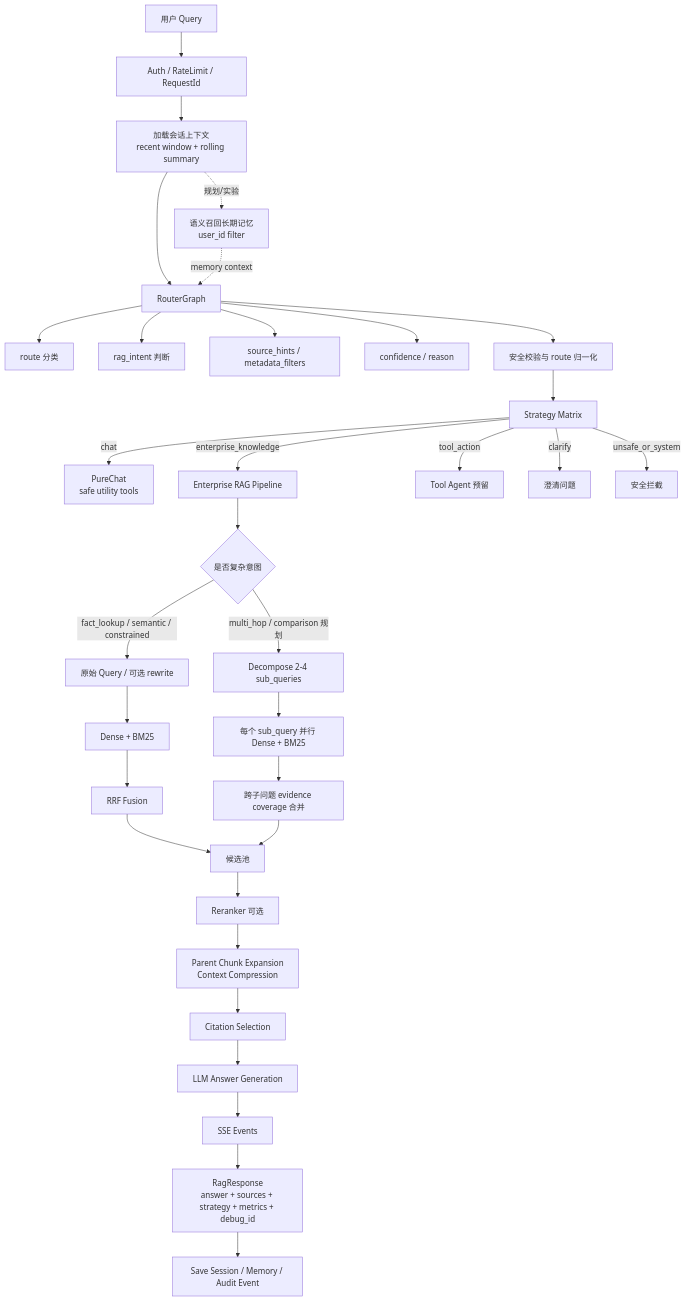
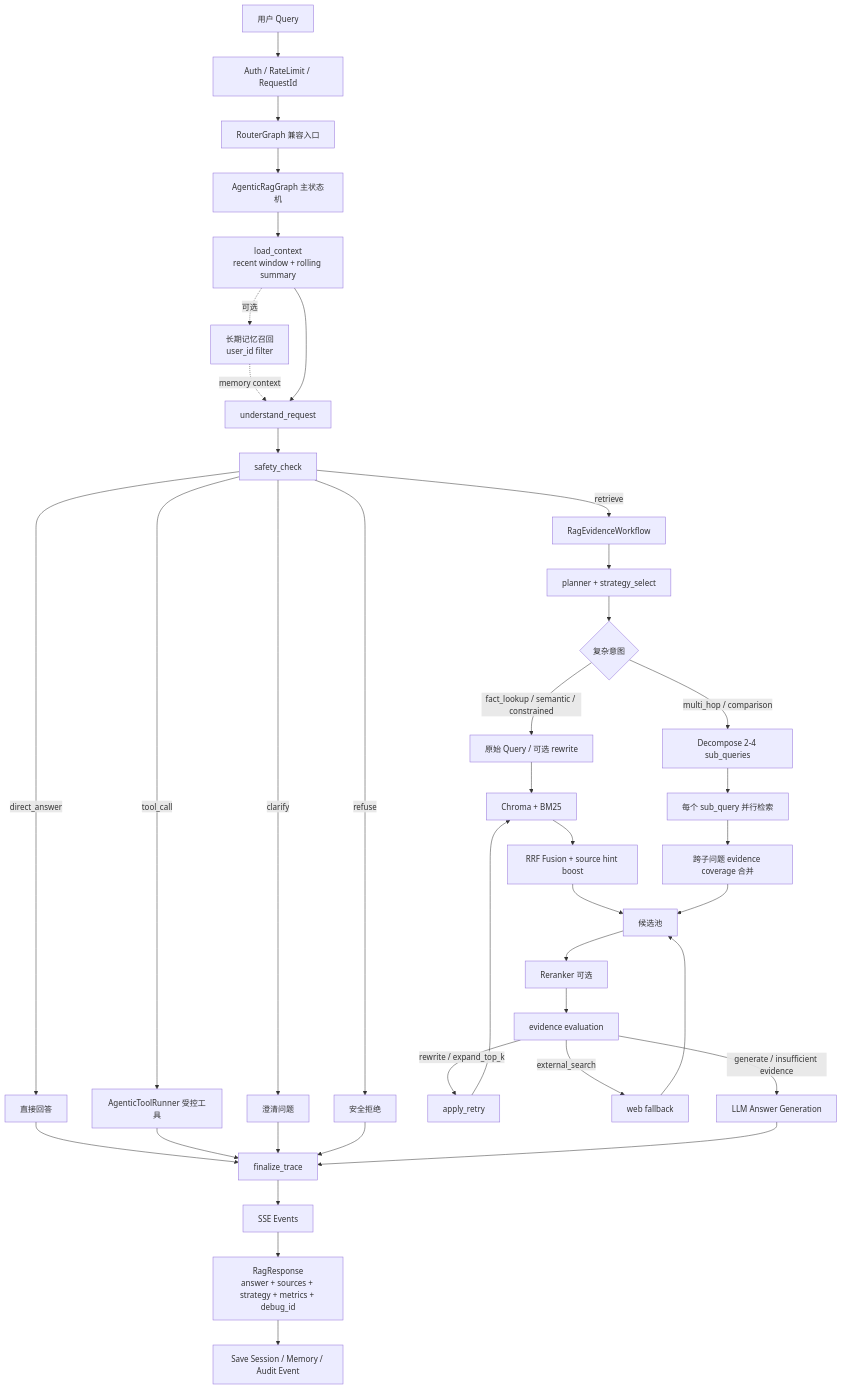
The fifth of 26 diagrams in docs/project_guide/NEXUSKB_ARCHITECTURE_DIAGRAMS.md (Aria-doufan/NexusKB-), drawn with Mermaid before and after one commit. The commit also changed other lines of this file and 7 other files, not shown here.

Commit message:
Update project architecture documentation

````diff
--- a/docs/project_guide/NEXUSKB_ARCHITECTURE_DIAGRAMS.md
+++ b/docs/project_guide/NEXUSKB_ARCHITECTURE_DIAGRAMS.md
@@ -233,39 +239,44 @@
 ```mermaid
 flowchart TD
     Q[用户 Query] --> A[Auth / RateLimit / RequestId]
-    A --> M[加载会话上下文<br/>recent window + rolling summary]
-    M -.规划/实验.-> LTM[语义召回长期记忆<br/>user_id filter]
-    M --> R[RouterGraph]
-    LTM -.memory context.-> R
+    A --> RG[RouterGraph 兼容入口]
+    RG --> AG[AgenticRagGraph 主状态机]
+    AG --> M[load_context<br/>recent window + rolling summary]
+    M -.可选.-> LTM[长期记忆召回<br/>user_id filter]
+    LTM -.memory context.-> U
+    M --> U[understand_request]
 
-    R --> R1[route 分类]
-    R --> R2[rag_intent 判断]
-    R --> R3[source_hints / metadata_filters]
-    R --> R4[confidence / reason]
-    R --> R5[安全校验与 route 归一化]
+    U --> S[safety_check]
+    S -->|direct_answer| DA[直接回答]
+    S -->|retrieve| WF[RagEvidenceWorkflow]
+    S -->|tool_call| TA[AgenticToolRunner 受控工具]
+    S -->|clarify| CL[澄清问题]
+    S -->|refuse| RF[安全拒绝]
 
-    R5 --> S[Strategy Matrix]
-    S -->|chat| PC[PureChat<br/>safe utility tools]
-    S -->|enterprise_knowledge| ER[Enterprise RAG Pipeline]
-    S -->|tool_action| TA[Tool Agent 预留]
-    S -->|clarify| CL[澄清问题]
-    S -->|unsafe_or_system| UB[安全拦截]
-
-    ER --> BR{是否复杂意图}
+    WF --> PLAN[planner + strategy_select]
+    PLAN --> BR{复杂意图}
     BR -->|fact_lookup / semantic / constrained| RAW[原始 Query / 可选 rewrite]
-    BR -->|multi_hop / comparison 规划| DEC[Decompose 2-4 sub_queries]
-    RAW --> RET[Dense + BM25]
-    DEC --> PAR[每个 sub_query 并行 Dense + BM25]
+    BR -->|multi_hop / comparison| DEC[Decompose 2-4 sub_queries]
+    RAW --> RET[Chroma + BM25]
+    DEC --> PAR[每个 sub_query 并行检索]
+    RET --> FUS[RRF Fusion + source hint boost]
     PAR --> XMERGE[跨子问题 evidence coverage 合并]
-    RET --> FUS[RRF Fusion]
     FUS --> CAND[候选池]
     XMERGE --> CAND
     CAND --> RK[Reranker 可选]
-    RK --> CTX[Parent Chunk Expansion<br/>Context Compression]
-    CTX --> CIT[Citation Selection]
-    CIT --> GEN[LLM Answer Generation]
+    RK --> EVAL[evidence evaluation]
+    EVAL -->|rewrite / expand_top_k| RETRY[apply_retry]
+    RETRY --> RET
+    EVAL -->|external_search| WEB[web fallback]
+    WEB --> CAND
+    EVAL -->|generate / insufficient evidence| GEN[LLM Answer Generation]
 
-    GEN --> SSE[SSE Events]
+    DA --> FINAL[finalize_trace]
+    TA --> FINAL
+    CL --> FINAL
+    RF --> FINAL
+    GEN --> FINAL
+    FINAL --> SSE[SSE Events]
     SSE --> RESP[RagResponse<br/>answer + sources + strategy + metrics + debug_id]
     RESP --> SAVE[Save Session / Memory / Audit Event]
 ```
````
